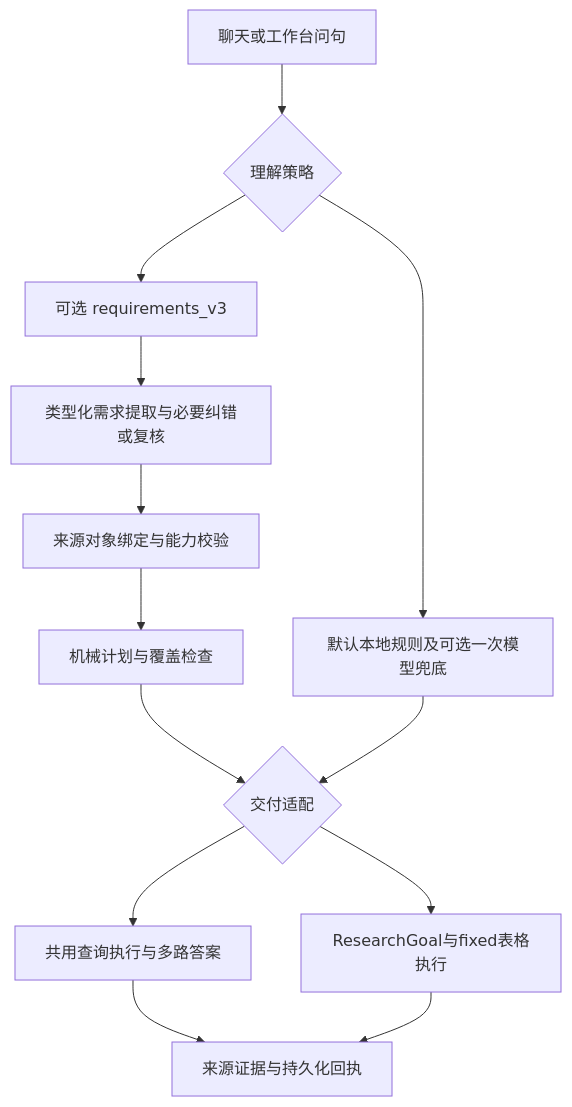
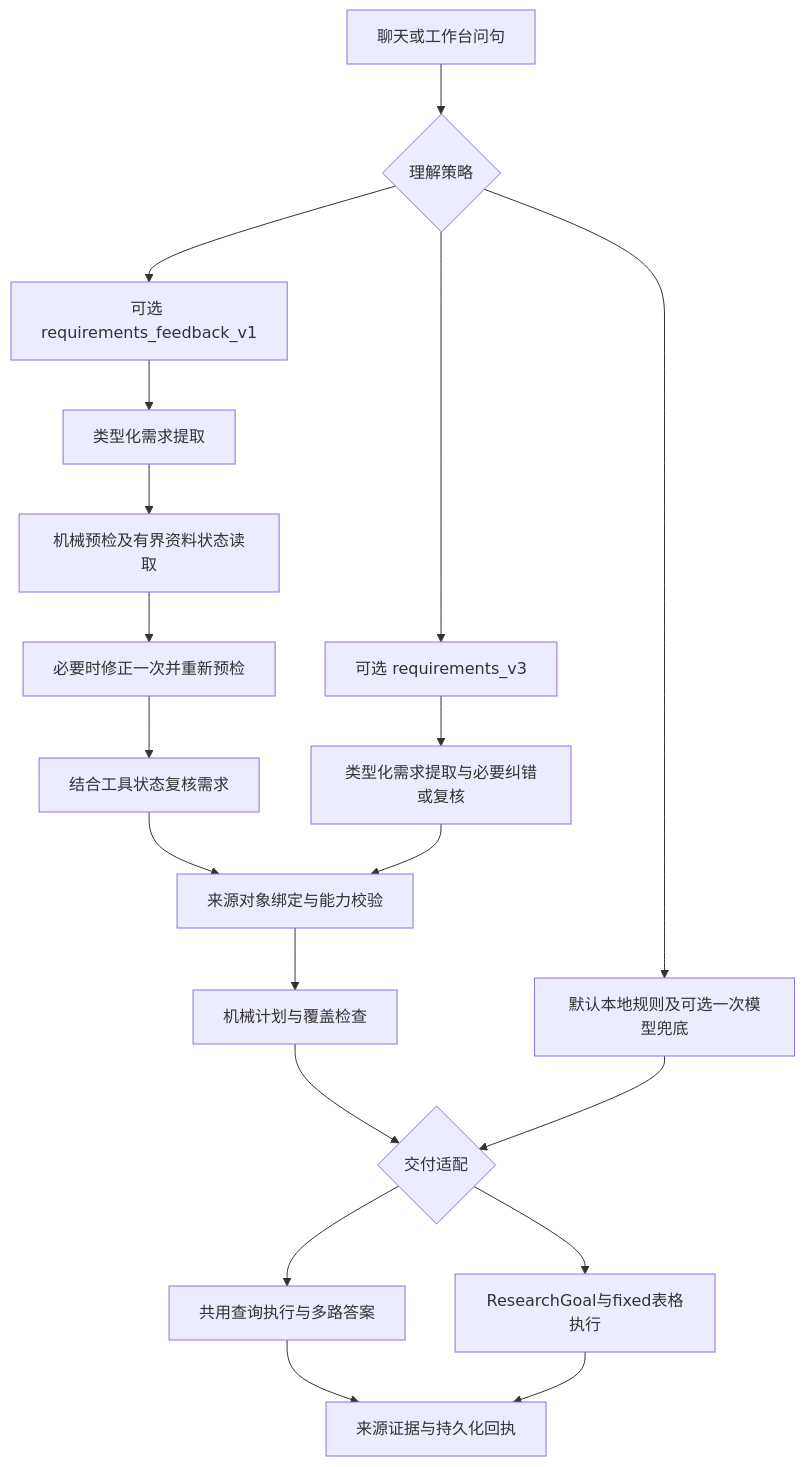
Before and after one commit to konoluluxiuda/tcm-multi-agent-assistant: the diagram in docs/TCM_PROJECT_ROADMAP.md, drawn with Mermaid. The commit also changed other lines of this file and 26 other files, not shown here.

Commit message:
feat: add bounded tool feedback to requirements understanding

````diff
--- a/docs/TCM_PROJECT_ROADMAP.md
+++ b/docs/TCM_PROJECT_ROADMAP.md
@@ -29,15 +32,21 @@
 ```mermaid
 flowchart TD
     A[聊天或工作台问句] --> B{理解策略}
     B --> C[默认本地规则及可选一次模型兜底]
+    B --> W[可选 requirements_feedback_v1]
+    W --> W1[类型化需求提取]
+    W1 --> W2[机械预检及有界资料状态读取]
+    W2 --> W3[必要时修正一次并重新预检]
+    W3 --> W4[结合工具状态复核需求]
+    W4 --> F
     B --> D[可选 requirements_v3]
     D --> E[类型化需求提取与必要纠错或复核]
     E --> F[来源对象绑定与能力校验]
     F --> G[机械计划与覆盖检查]
     G --> H{交付适配}
     C --> H
     H --> I[共用查询执行与多路答案]
     H --> J[ResearchGoal与fixed表格执行]
     I --> K[来源证据与持久化回执]
     J --> K
 ```
````
